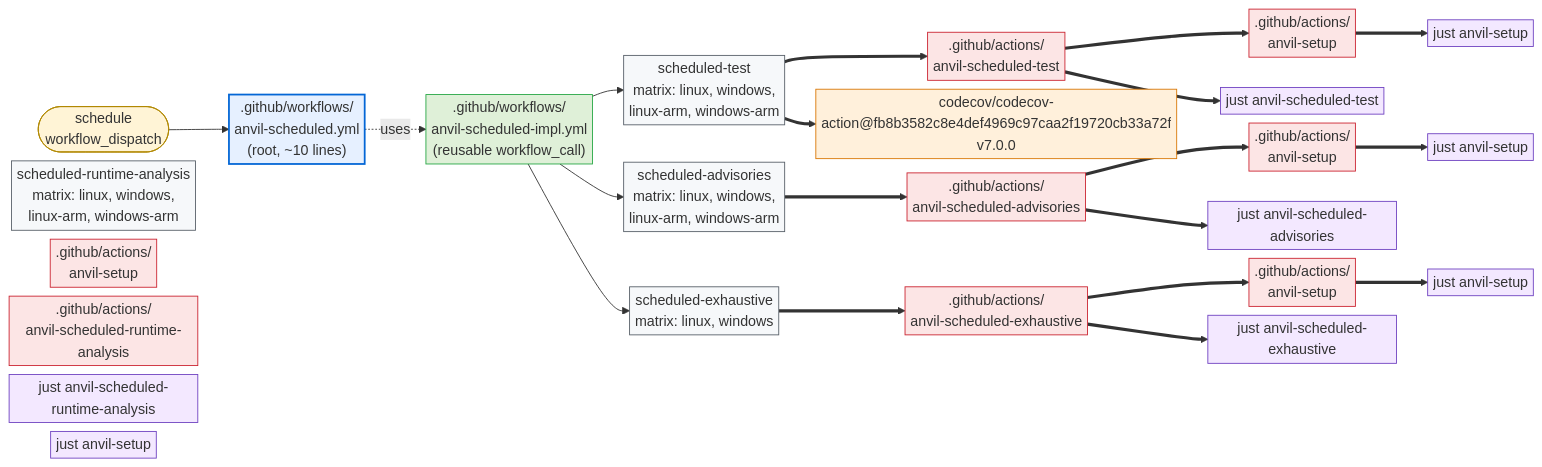
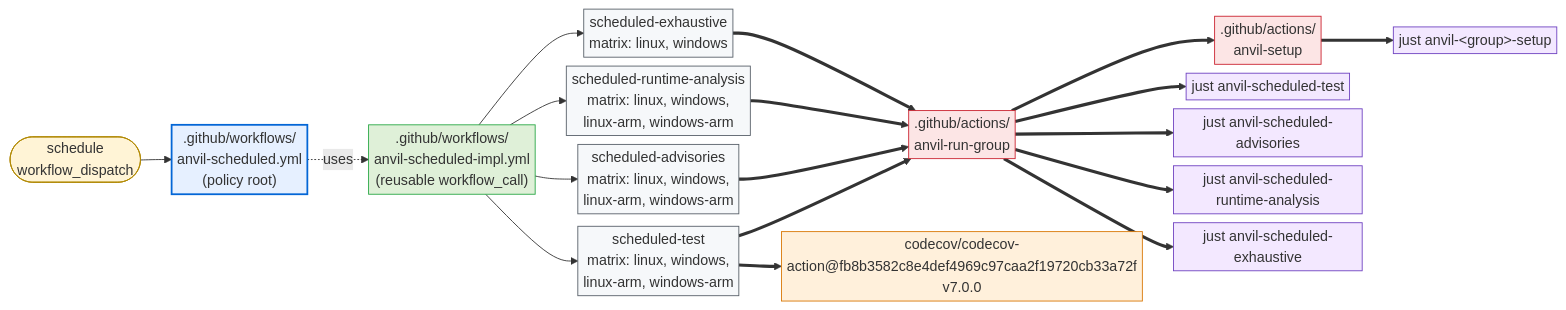
One commit to microsoft/ox-tools changed the second of 2 diagrams in crates/cargo-anvil/docs/design/github.md. Above: the diagram before and after it, drawn with Mermaid. The commit also changed other lines of this file, not shown here.

Commit message:
docs(cargo-anvil): factor group execution design

````diff
--- a/crates/cargo-anvil/docs/design/github.md
+++ b/crates/cargo-anvil/docs/design/github.md
@@ -131,58 +113,47 @@
 ```mermaid
 %%{init: {"flowchart": {"nodeSpacing": 10, "rankSpacing": 35, "padding": 3}, "themeVariables": {"fontSize": "16px"}}}%%
 flowchart LR
     sched_evt([schedule<br/>workflow_dispatch]):::trigger
-    sched_root[".github/workflows/<br/>anvil-scheduled.yml<br/>(root, ~10 lines)"]:::root
+    sched_root[".github/workflows/<br/>anvil-scheduled.yml<br/>(policy root)"]:::root
     sched_impl[".github/workflows/<br/>anvil-scheduled-impl.yml<br/>(reusable workflow_call)"]:::impl
     stest_job["scheduled-test<br/>matrix: linux, windows,<br/>linux-arm, windows-arm"]:::job
     sadv_job["scheduled-advisories<br/>matrix: linux, windows,<br/>linux-arm, windows-arm"]:::job
     srun_job["scheduled-runtime-analysis<br/>matrix: linux, windows,<br/>linux-arm, windows-arm"]:::job
     sexh_job["scheduled-exhaustive<br/>matrix: linux, windows"]:::job
-    stest_setup[".github/actions/<br/>anvil-setup"]:::action
-    sadv_setup[".github/actions/<br/>anvil-setup"]:::action
-    srun_setup[".github/actions/<br/>anvil-setup"]:::action
-    sexh_setup[".github/actions/<br/>anvil-setup"]:::action
-    stest_act[".github/actions/<br/>anvil-scheduled-test"]:::action
-    sadv_act[".github/actions/<br/>anvil-scheduled-advisories"]:::action
-    srun_act[".github/actions/<br/>anvil-scheduled-runtime-analysis"]:::action
-    sexh_act[".github/actions/<br/>anvil-scheduled-exhaustive"]:::action
+    setup_act[".github/actions/<br/>anvil-setup"]:::action
+    run_group_act[".github/actions/<br/>anvil-run-group"]:::action
     codecov_act["codecov/codecov-action@fb8b3582c8e4def4969c97caa2f19720cb33a72f<br/>v7.0.0"]:::external
     stest_just["just anvil-scheduled-test"]:::recipe
-    stest_setup_just["just anvil-setup"]:::recipe
     sadv_just["just anvil-scheduled-advisories"]:::recipe
-    sadv_setup_just["just anvil-setup"]:::recipe
     srun_just["just anvil-scheduled-runtime-analysis"]:::recipe
-    srun_setup_just["just anvil-setup"]:::recipe
     sexh_just["just anvil-scheduled-exhaustive"]:::recipe
-    sexh_setup_just["just anvil-setup"]:::recipe
+    setup_just["just anvil-&lt;group&gt;-setup"]:::recipe
 
     sched_evt --> sched_root
     sched_root -. uses .-> sched_impl
     sched_impl --> stest_job
     sched_impl --> sadv_job
+    sched_impl --> srun_job
     sched_impl --> sexh_job
 
-    stest_job ==> stest_act
+    stest_job ==> run_group_act
     stest_job ==> codecov_act
-    sadv_job ==> sadv_act
-    sexh_job ==> sexh_act
+    sadv_job ==> run_group_act
+    srun_job ==> run_group_act
+    sexh_job ==> run_group_act
 
-    stest_act ==> stest_setup
-    stest_act ==> stest_just
-    sadv_act ==> sadv_setup
-    sadv_act ==> sadv_just
-    sexh_act ==> sexh_setup
-    sexh_act ==> sexh_just
-
-    stest_setup ==> stest_setup_just
-    sadv_setup ==> sadv_setup_just
-    sexh_setup ==> sexh_setup_just
+    run_group_act ==> setup_act
+    run_group_act ==> stest_just
+    run_group_act ==> sadv_just
+    run_group_act ==> srun_just
+    run_group_act ==> sexh_just
+    setup_act ==> setup_just
 
     classDef trigger fill:#fff4d6,stroke:#b08800,stroke-width:1px;
     classDef root fill:#e6f0ff,stroke:#0366d6,stroke-width:2px;
     classDef impl fill:#dff0d8,stroke:#28a745,stroke-width:1px;
     classDef job fill:#f6f8fa,stroke:#586069,stroke-width:1px;
     classDef action fill:#fce5e5,stroke:#cb2431,stroke-width:1px;
     classDef external fill:#fff0db,stroke:#d97706,stroke-width:1px;
     classDef recipe fill:#f3e8ff,stroke:#6f42c1,stroke-width:1px;
 ```
````
